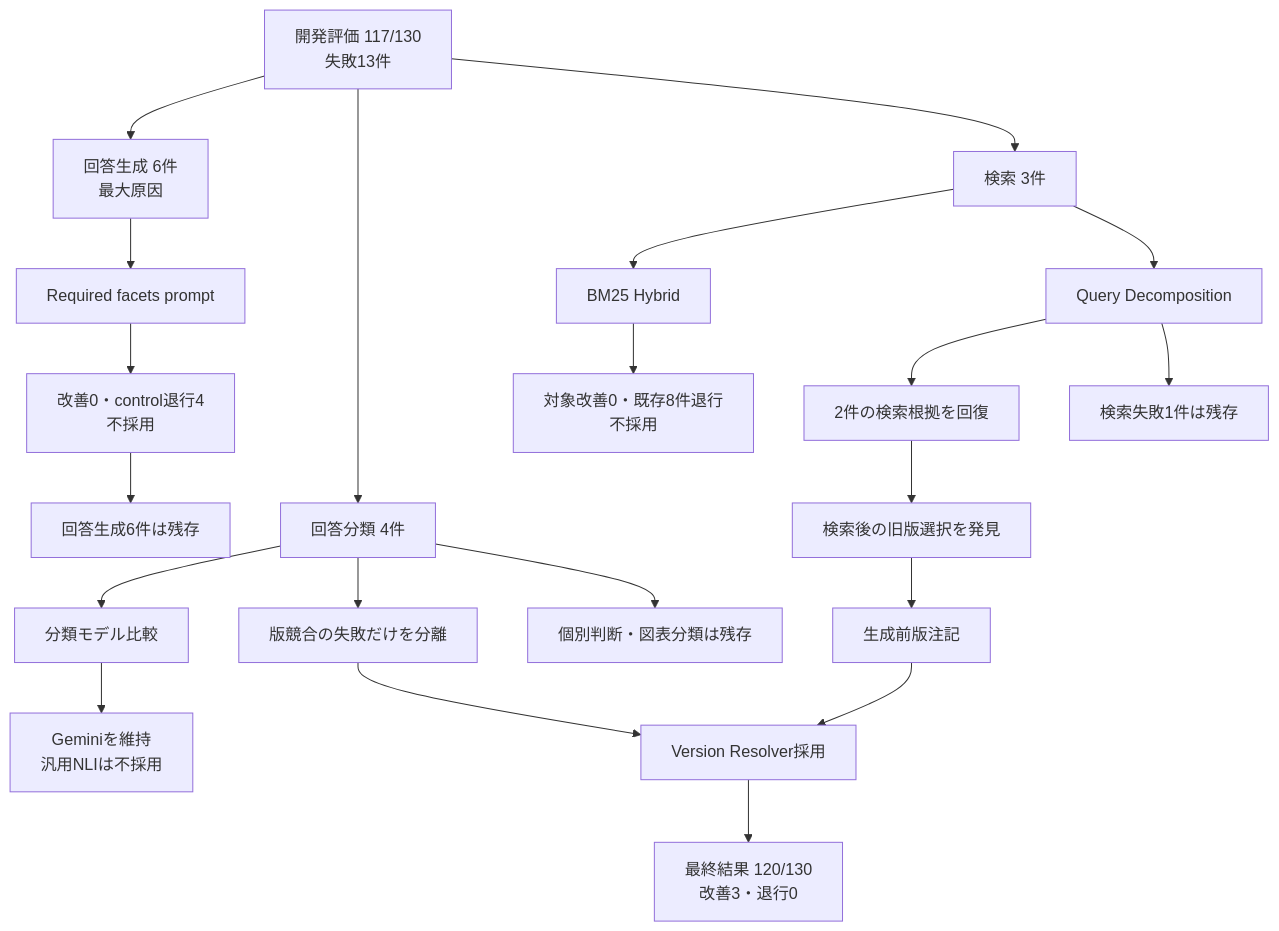
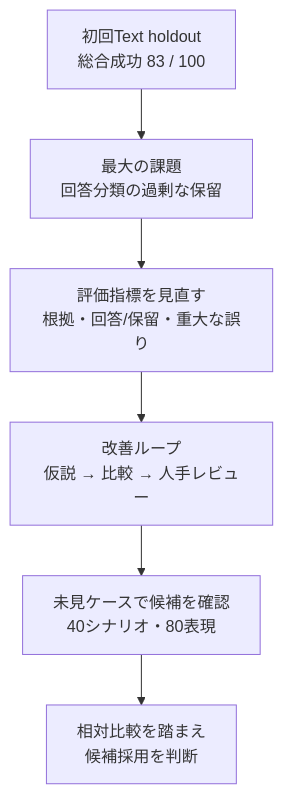
One commit to toko1970/municipal-rag-assistant changed the diagram in eval/reports/ACCURACY_IMPROVEMENT.md. Above: the diagram before and after it, drawn with Mermaid. The commit also changed other lines of this file and 6 other files, not shown here.

````diff
--- a/eval/reports/ACCURACY_IMPROVEMENT.md
+++ b/eval/reports/ACCURACY_IMPROVEMENT.md
@@ -52,28 +7,10 @@
 ```mermaid
 flowchart TD
-    A["開発評価 117/130<br/>失敗13件"] --> B["回答生成 6件<br/>最大原因"]
-    A --> C["回答分類 4件"]
-    A --> D["検索 3件"]
-
-    B --> E["Required facets prompt"]
-    E --> F["改善0・control退行4<br/>不採用"]
-    F --> R["回答生成6件は残存"]
-
-    C --> G["分類モデル比較"]
-    G --> H["Geminiを維持<br/>汎用NLIは不採用"]
-    C --> I["版競合の失敗だけを分離"]
-    I --> J["Version Resolver採用"]
-    C --> S["個別判断・図表分類は残存"]
-
-    D --> K["BM25 Hybrid"]
-    K --> L["対象改善0・既存8件退行<br/>不採用"]
-    D --> M["Query Decomposition"]
-    M --> N["2件の検索根拠を回復"]
-    M --> T["検索失敗1件は残存"]
-
-    N --> O["検索後の旧版選択を発見"]
-    O --> P["生成前版注記"]
-    P --> J
-
-    J --> Q["最終結果 120/130<br/>改善3・退行0"]
+    A[初回Text holdout<br/>総合成功 83 / 100]
+    B[最大の課題<br/>回答分類の過剰な保留]
+    C[評価指標を見直す<br/>根拠・回答/保留・重大な誤り]
+    D[改善ループ<br/>仮説 → 比較 → 人手レビュー]
+    E[未見ケースで候補を確認<br/>40シナリオ・80表現]
+    F[相対比較を踏まえ<br/>候補採用を判断]
+    A --> B --> C --> D --> E --> F
 ```
````
